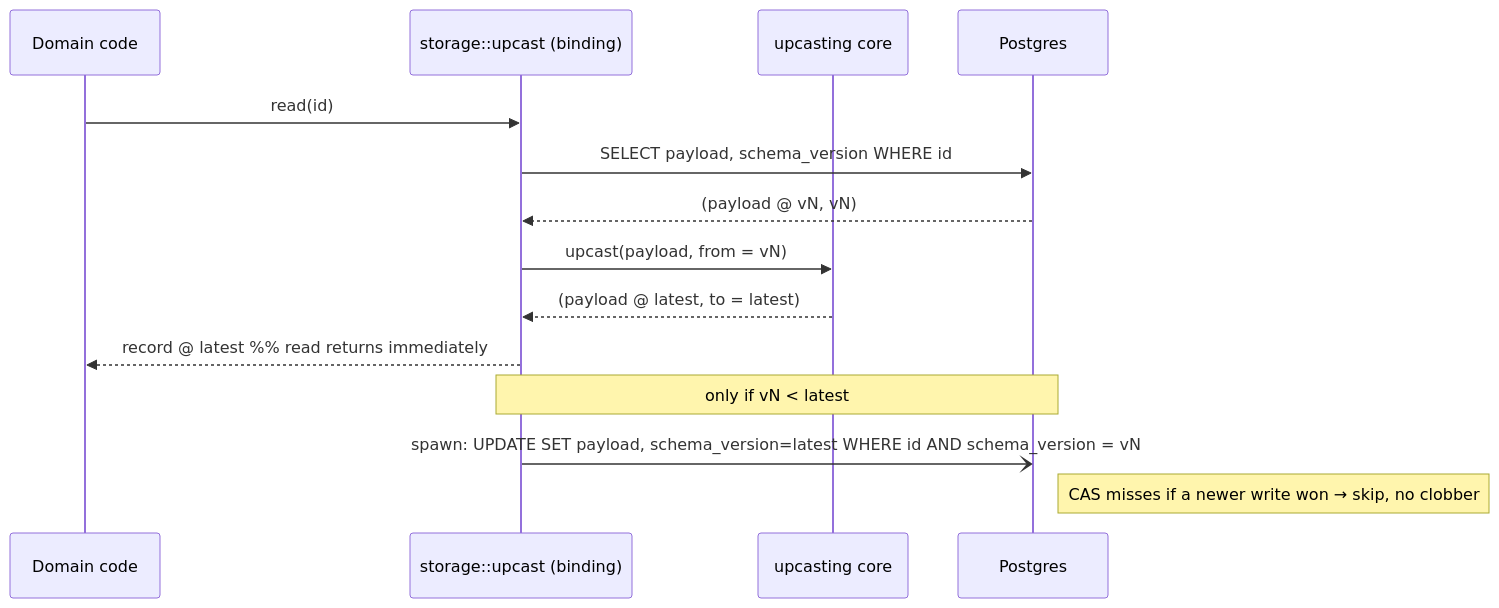
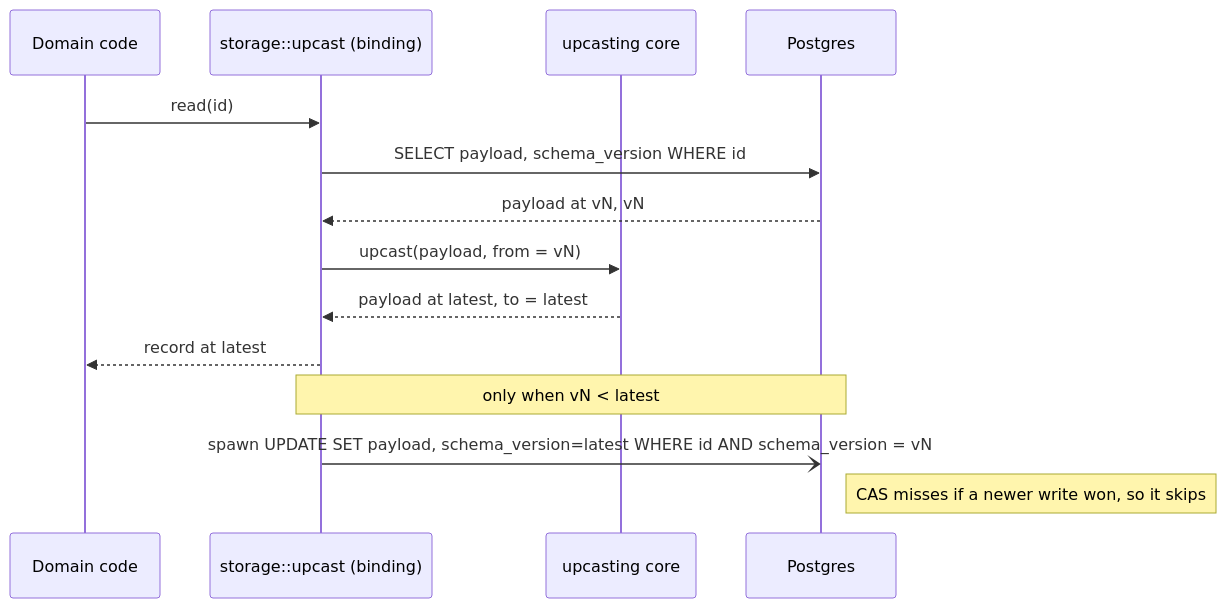
The first of 2 diagrams in docs/project/design/architecture-v2/data-upcasting.md (InstruktAI/TeleClaude), drawn with Mermaid before and after one commit. The commit also changed other lines of this file and 1 other file, not shown here.

First line of the commit message:
docs(data-upcasting-kernel): clean upcasting design snippet to contract-only form

````diff
--- a/docs/project/design/architecture-v2/data-upcasting.md
+++ b/docs/project/design/architecture-v2/data-upcasting.md
@@ -100,16 +83,16 @@
 ```mermaid
 sequenceDiagram
     participant D as Domain code
     participant B as storage::upcast (binding)
     participant C as upcasting core
     participant PG as Postgres
     D->>B: read(id)
     B->>PG: SELECT payload, schema_version WHERE id
-    PG-->>B: (payload @ vN, vN)
+    PG-->>B: payload at vN, vN
     B->>C: upcast(payload, from = vN)
-    C-->>B: (payload @ latest, to = latest)
-    B-->>D: record @ latest   %% read returns immediately
-    Note over B,PG: only if vN < latest
-    B-)PG: spawn: UPDATE SET payload, schema_version=latest WHERE id AND schema_version = vN
-    Note right of PG: CAS misses if a newer write won → skip, no clobber
+    C-->>B: payload at latest, to = latest
+    B-->>D: record at latest
+    Note over B,PG: only when vN < latest
+    B-)PG: spawn UPDATE SET payload, schema_version=latest WHERE id AND schema_version = vN
+    Note right of PG: CAS misses if a newer write won, so it skips
 ```
````
